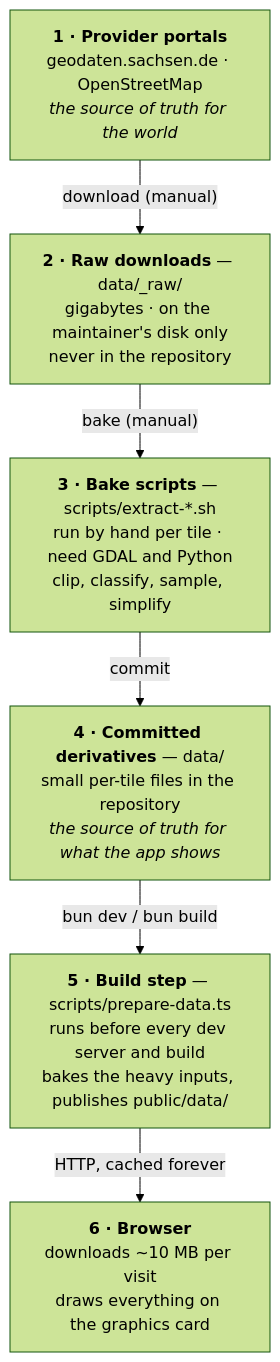
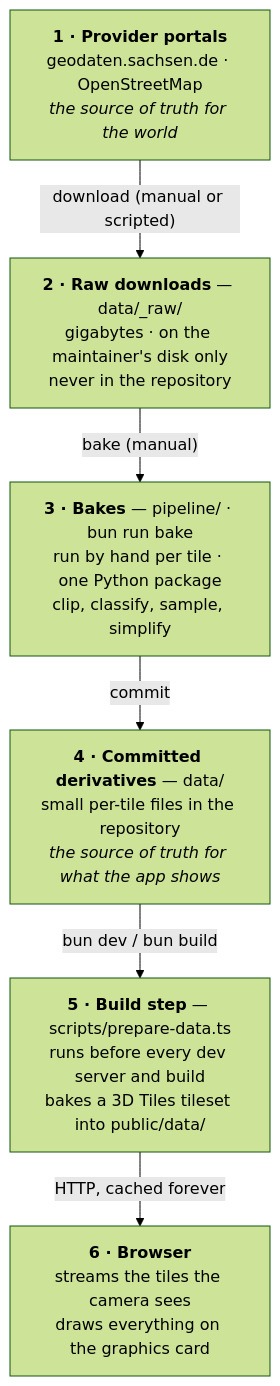
Before and after one commit to mdugue/bridge: the first of 2 diagrams in docs/guide/en/data-journey.md, drawn with Mermaid (forest theme). The commit also changed other lines of this file and 9 other files, not shown here.

First line of the commit message:
docs(guide): streaming tiles, runtime colours and the Python bakes, in English and German

````diff
--- a/docs/guide/en/data-journey.md
+++ b/docs/guide/en/data-journey.md
@@ -13,14 +13,14 @@
 ```mermaid
 flowchart TB
   S1["<b>1 · Provider portals</b><br/>geodaten.sachsen.de · OpenStreetMap<br/><i>the source of truth for the world</i>"]
   S2["<b>2 · Raw downloads</b> — data/_raw/<br/>gigabytes · on the maintainer's disk only<br/>never in the repository"]
-  S3["<b>3 · Bake scripts</b> — scripts/extract-*.sh<br/>run by hand per tile · need GDAL and Python<br/>clip, classify, sample, simplify"]
+  S3["<b>3 · Bakes</b> — pipeline/ · bun run bake<br/>run by hand per tile · one Python package<br/>clip, classify, sample, simplify"]
   S4["<b>4 · Committed derivatives</b> — data/<br/>small per-tile files in the repository<br/><i>the source of truth for what the app shows</i>"]
-  S5["<b>5 · Build step</b> — scripts/prepare-data.ts<br/>runs before every dev server and build<br/>bakes the heavy inputs, publishes public/data/"]
-  S6["<b>6 · Browser</b><br/>downloads ~10 MB per visit<br/>draws everything on the graphics card"]
-  S1 -->|"download (manual)"| S2
+  S5["<b>5 · Build step</b> — scripts/prepare-data.ts<br/>runs before every dev server and build<br/>bakes a 3D Tiles tileset into public/data/"]
+  S6["<b>6 · Browser</b><br/>streams the tiles the camera sees<br/>draws everything on the graphics card"]
+  S1 -->|"download (manual or scripted)"| S2
   S2 -->|"bake (manual)"| S3
   S3 -->|"commit"| S4
   S4 -->|"bun dev / bun build"| S5
   S5 -->|"HTTP, cached forever"| S6
 ```
````
